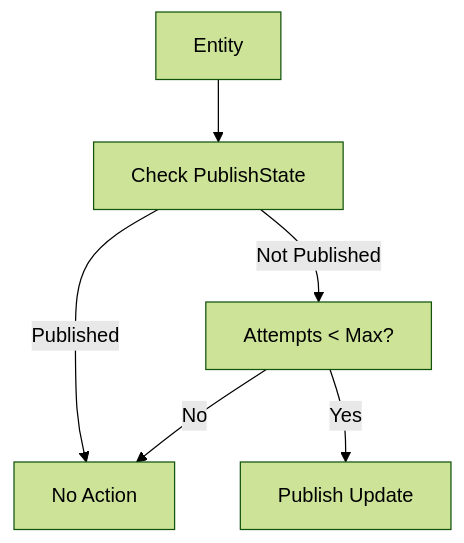
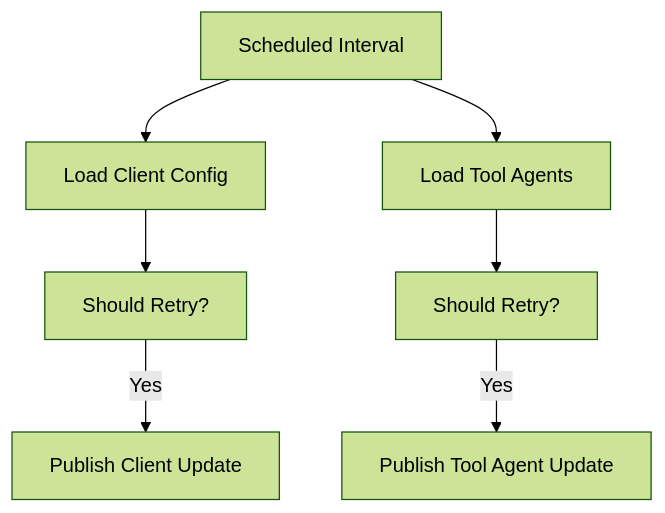
One commit to flamingo-stack/openframe-oss-lib changed the sixth of 6 diagrams in docs/reference/architecture/management-service-core/management-service-core.md. Above: the diagram before and after it, drawn with Mermaid (forest theme). The commit also changed other lines of this file and 172 other files, not shown here.

````diff
--- a/docs/reference/architecture/management-service-core/management-service-core.md
+++ b/docs/reference/architecture/management-service-core/management-service-core.md
@@ -333,8 +340,10 @@
 ```mermaid
 flowchart TD
-    Entity["Entity"] --> State["Check PublishState"]
-    State -->|"Published"| Stop["No Action"]
-    State -->|"Not Published"| Attempts["Attempts < Max?"]
-    Attempts -->|"Yes"| Publish["Publish Update"]
-    Attempts -->|"No"| Stop
+    Tick["Scheduled Interval"] --> LoadClient["Load Client Config"]
+    LoadClient --> CheckClient["Should Retry?"]
+    CheckClient -->|"Yes"| PublishClient["Publish Client Update"]
+
+    Tick --> LoadAgents["Load Tool Agents"]
+    LoadAgents --> CheckAgent["Should Retry?"]
+    CheckAgent -->|"Yes"| PublishAgent["Publish Tool Agent Update"]
 ```
````
